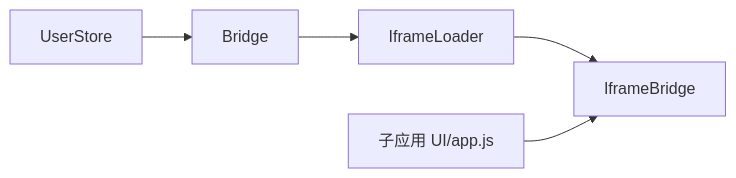
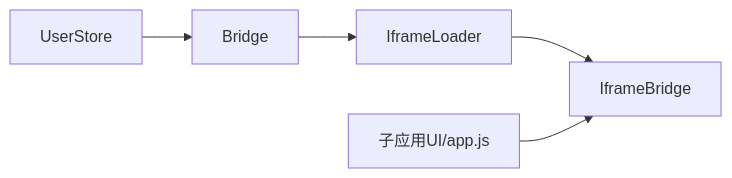
The eighth of 8 diagrams in .qoder/repowiki/zh/content/高级主题/iframe 跨域治理.md (my-Sitara/artisan-base-frontend), drawn with Mermaid before and after one commit. The commit also changed other lines of this file and 25 other files, not shown here.

````diff
--- a/.qoder/repowiki/zh/content/高级主题/iframe 跨域治理.md
+++ b/.qoder/repowiki/zh/content/高级主题/iframe 跨域治理.md
@@ -306,7 +372,7 @@
 ```mermaid
 graph LR
 UserStore["UserStore"] --> Bridge["Bridge"]
 Bridge --> IframeLoader["IframeLoader"]
 IframeLoader --> IframeBridge["IframeBridge"]
-IframeApp["子应用 UI/app.js"] --> IframeBridge
+IframeApp["子应用UI/app.js"] --> IframeBridge
 ```
````
